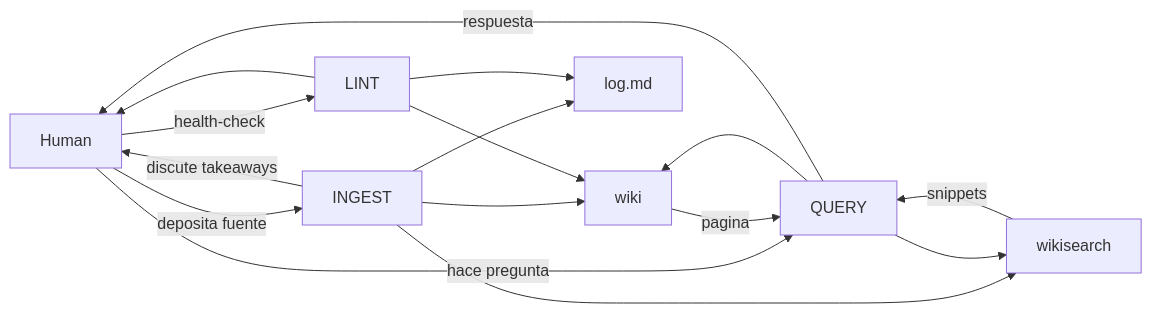
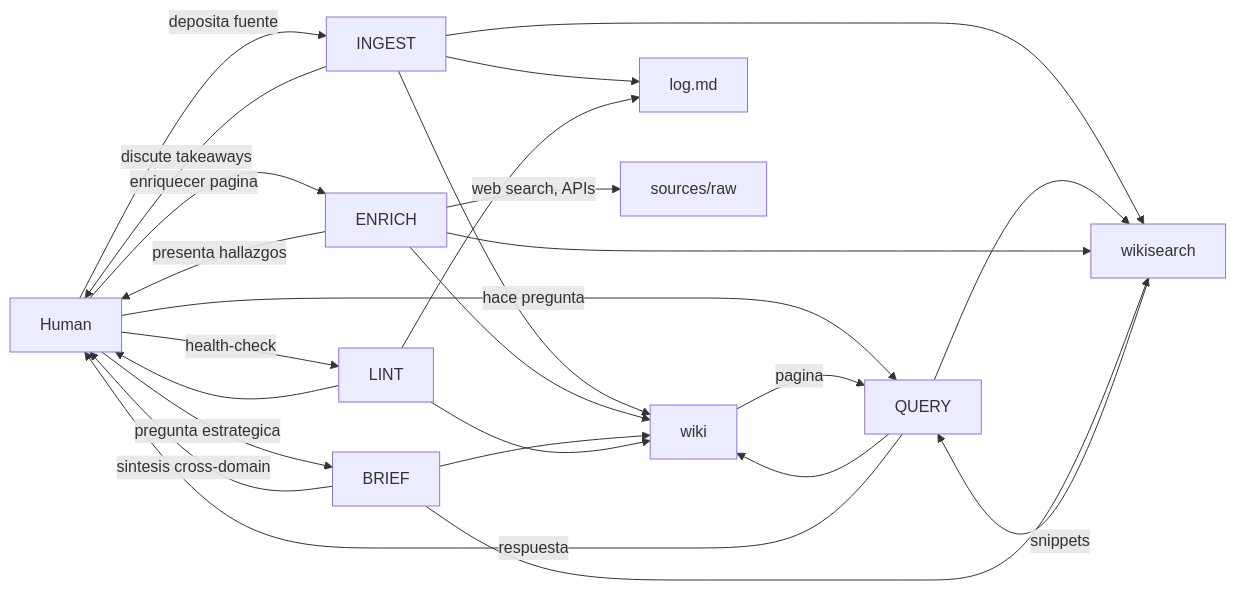
One commit to devsart95/LlmBrain-AK changed the diagram in README.md. Above: the diagram before and after it, drawn with Mermaid. The commit also changed other lines of this file and 6 other files, not shown here.

Commit message:
docs: actualizar README con web app + gitignore Obsidian + sources pendientes

````diff
--- a/README.md
+++ b/README.md
@@ -53,20 +62,31 @@
 ```mermaid
 flowchart LR
     H[Human] -->|deposita fuente| IG[INGEST]
     IG -->|discute takeaways| H
     IG --> W[wiki]
     IG --> WS[wikisearch]
     IG --> LOG[log.md]
 
     H -->|hace pregunta| Q[QUERY]
     Q --> WS
     WS -->|snippets| Q
     Q --> W
     W -->|pagina| Q
     Q -->|respuesta| H
 
+    H -->|enriquecer pagina| EN[ENRICH]
+    EN --> WS
+    EN -->|web search, APIs| RAW[sources/raw]
+    EN -->|presenta hallazgos| H
+    EN --> W
+
+    H -->|pregunta estrategica| BR[BRIEF]
+    BR --> WS
+    BR --> W
+    BR -->|sintesis cross-domain| H
+
     H -->|health-check| L[LINT]
     L --> W
     L --> LOG
     L --> H
 ```
````
